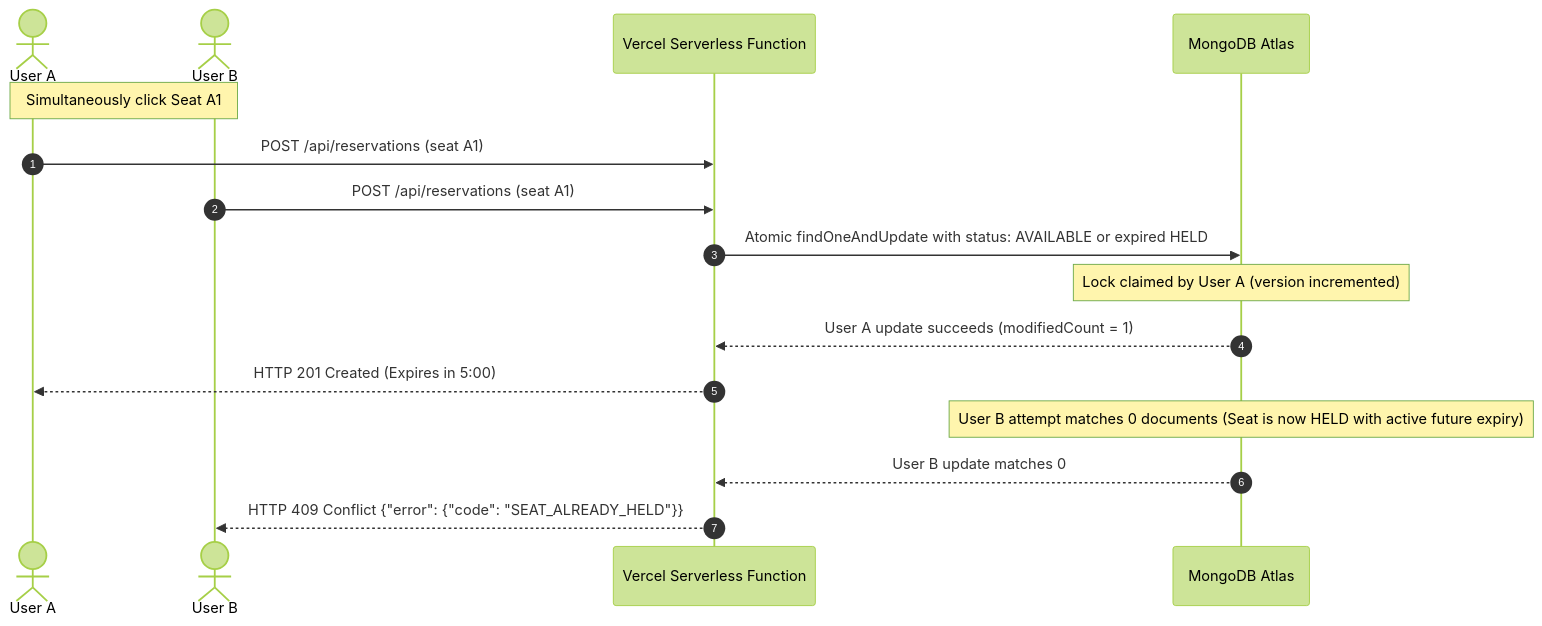
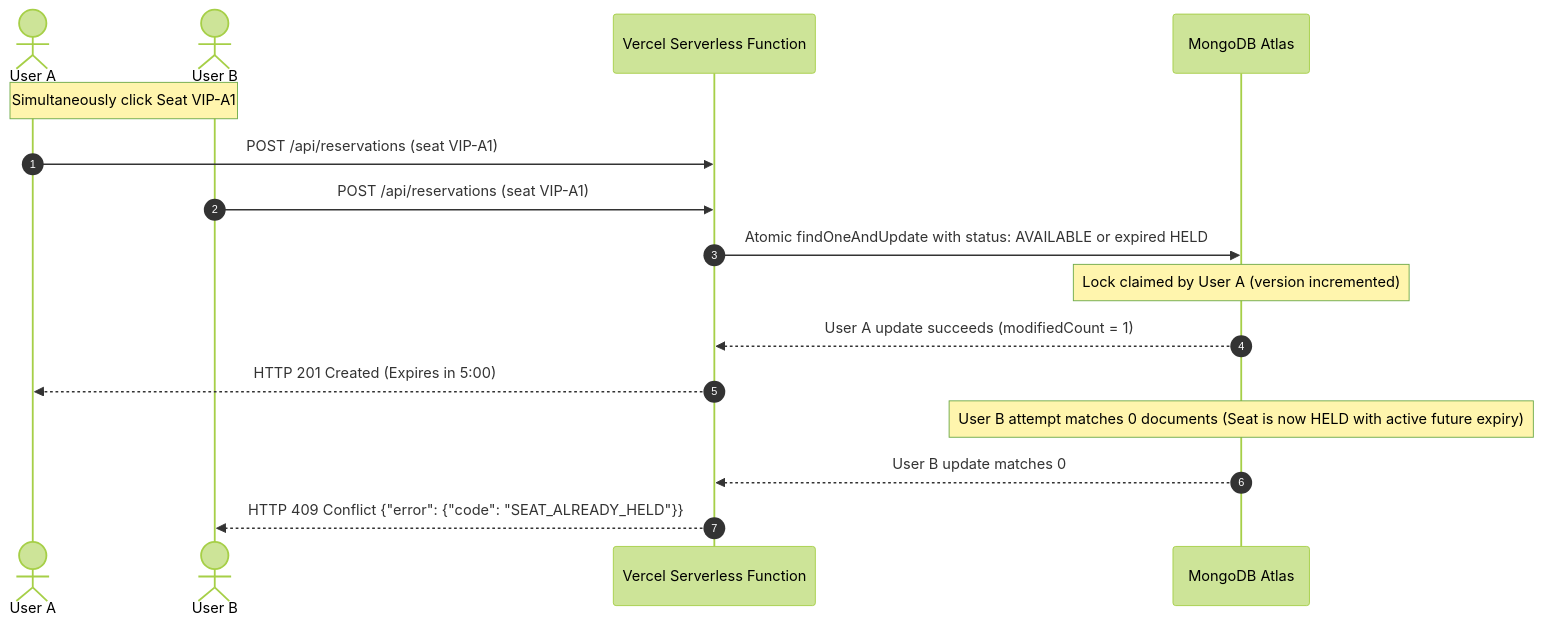
Before and after one commit to Suhirdha24/ticket-booking-platform-: the diagram in README.md, drawn with Mermaid (forest theme). The commit also changed other lines of this file, not shown here.

````diff
--- a/README.md
+++ b/README.md
@@ -210,21 +213,21 @@
 ```mermaid
 sequenceDiagram
     autonumber
     actor User A
     actor User B
     participant API as Vercel Serverless Function
     participant DB as MongoDB Atlas
 
-    Note over User A, User B: Simultaneously click Seat A1
-    User A->>API: POST /api/reservations (seat A1)
-    User B->>API: POST /api/reservations (seat A1)
+    Note over User A, User B: Simultaneously click Seat VIP-A1
+    User A->>API: POST /api/reservations (seat VIP-A1)
+    User B->>API: POST /api/reservations (seat VIP-A1)
     
     API->>DB: Atomic findOneAndUpdate with status: AVAILABLE or expired HELD
     Note over DB: Lock claimed by User A (version incremented)
     DB-->>API: User A update succeeds (modifiedCount = 1)
     API-->>User A: HTTP 201 Created (Expires in 5:00)
 
     Note over DB: User B attempt matches 0 documents (Seat is now HELD with active future expiry)
     DB-->>API: User B update matches 0
     API-->>User B: HTTP 409 Conflict {"error": {"code": "SEAT_ALREADY_HELD"}}
 ```
````
